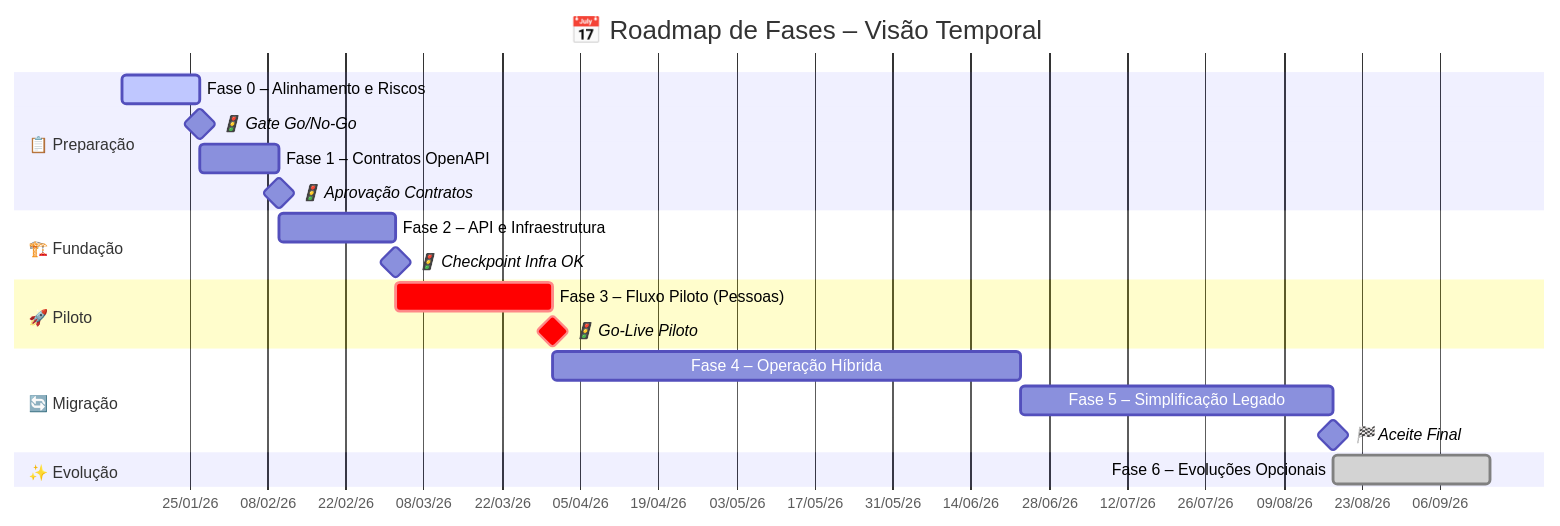
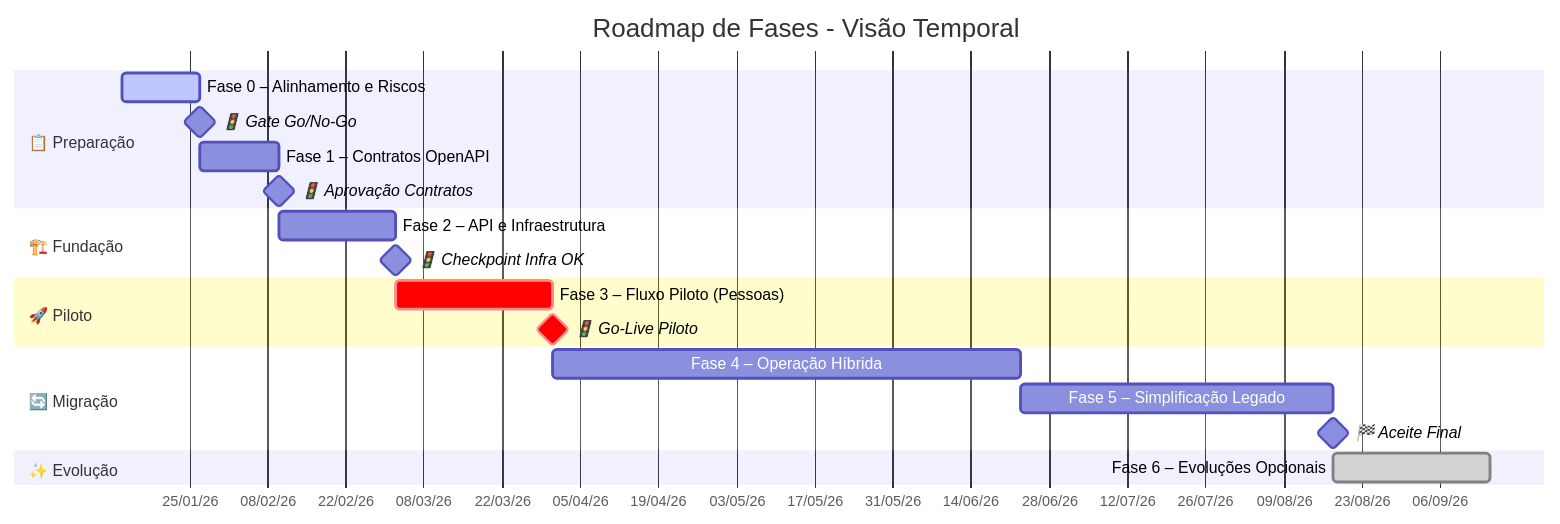
The sixth of 14 diagrams in docs/planoProjetoModernizacao.md (Evilazaro/Azure-LogicApps-Monitoring), drawn with Mermaid before and after one commit. The commit also changed other lines of this file, not shown here.

Commit message:
docs: Refine mermaid diagrams in project plan for improved clarity, consistency, and styling

````diff
--- a/docs/planoProjetoModernizacao.md
+++ b/docs/planoProjetoModernizacao.md
@@ -1054,66 +956,38 @@
 ```mermaid
 ---
-title: "📅 Roadmap de Fases – Visão Temporal"
+title: Roadmap de Fases - Visão Temporal
 ---
 gantt
-    %% ═══════════════════════════════════════════════════════════════
-    %% DIAGRAMA: Roadmap de Fases do Projeto de Modernização
-    %% PROPÓSITO: Visualizar a linha do tempo das fases do projeto,
-    %%            dependências entre atividades e marcos de decisão
-    %% PADRÃO: Strangler Pattern (migração incremental por fluxo)
-    %% ═══════════════════════════════════════════════════════════════
-
-    %% ───────────────────────────────────────────────────────────────
-    %% CONFIGURAÇÃO DO GRÁFICO
-    %% - dateFormat: formato de entrada das datas (YYYY-MM-DD)
-    %% - axisFormat: formato de exibição no eixo (dia/mês/ano)
-    %% - tickInterval: intervalo entre marcações (2 semanas)
-    %% - todayMarker: linha vermelha indicando a data atual
-    %% ───────────────────────────────────────────────────────────────
+    %% ===== CONFIGURAÇÃO DO GRÁFICO =====
     dateFormat YYYY-MM-DD
     axisFormat %d/%m/%y
     tickInterval 2week
     todayMarker stroke-width:3px,stroke:#EF4444,opacity:0.8
 
-    %% ───────────────────────────────────────────────────────────────
-    %% SEÇÃO: PREPARAÇÃO (Semanas 1–4)
-    %% Objetivo: Estabelecer base de governança e contratos
-    %% ───────────────────────────────────────────────────────────────
+    %% ===== SEÇÃO: PREPARAÇÃO =====
     section 📋 Preparação
     Fase 0 – Alinhamento e Riscos       :active, f0, 2026-01-13, 2w
     🚦 Gate Go/No-Go                    :milestone, m0, after f0, 0d
     Fase 1 – Contratos OpenAPI          :f1, after f0, 2w
     🚦 Aprovação Contratos              :milestone, m1, after f1, 0d
 
-    %% ───────────────────────────────────────────────────────────────
-    %% SEÇÃO: FUNDAÇÃO (Semanas 5–7)
-    %% Objetivo: Construir infraestrutura base da API
-    %% ───────────────────────────────────────────────────────────────
+    %% ===== SEÇÃO: FUNDAÇÃO =====
     section 🏗️ Fundação
     Fase 2 – API e Infraestrutura       :f2, after f1, 3w
     🚦 Checkpoint Infra OK              :milestone, m2, after f2, 0d
 
-    %% ───────────────────────────────────────────────────────────────
-    %% SEÇÃO: PILOTO (Semanas 8–11) — CRÍTICO
-    %% Objetivo: Validar padrões com primeiro fluxo em produção
-    %% ───────────────────────────────────────────────────────────────
+    %% ===== SEÇÃO: PILOTO (CRÍTICO) =====
     section 🚀 Piloto
     Fase 3 – Fluxo Piloto (Pessoas)     :crit, f3, after f2, 4w
     🚦 Go-Live Piloto                   :milestone, crit, m3, after f3, 0d
 
-    %% ───────────────────────────────────────────────────────────────
-    %% SEÇÃO: MIGRAÇÃO (Semanas 12–28)
-    %% Objetivo: Escalar migração fluxo a fluxo
-    %% ───────────────────────────────────────────────────────────────
+    %% ===== SEÇÃO: MIGRAÇÃO =====
     section 🔄 Migração
     Fase 4 – Operação Híbrida           :f4, after f3, 12w
     Fase 5 – Simplificação Legado       :f5, after f4, 8w
     🏁 Aceite Final                     :milestone, m5, after f5, 0d
 
-    %% ───────────────────────────────────────────────────────────────
-    %% SEÇÃO: EVOLUÇÃO (Pós-projeto)
-    %% Objetivo: Evoluções opcionais por demanda
-    %% ───────────────────────────────────────────────────────────────
+    %% ===== SEÇÃO: EVOLUÇÃO =====
     section ✨ Evolução
     Fase 6 – Evoluções Opcionais        :done, f6, after f5, 4w
 ```
````
